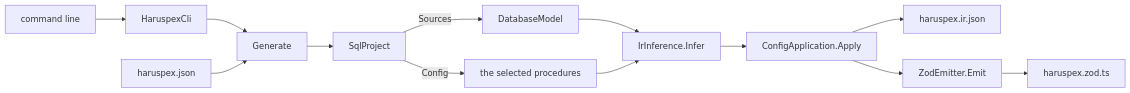
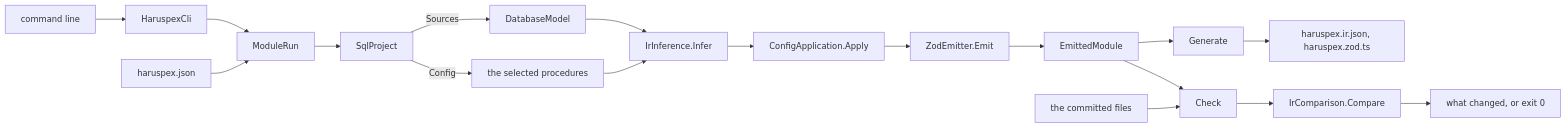
The diagram in src/Haruspex.Cli/README.md (haruspex-tools/haruspex), drawn with Mermaid before and after one commit. The commit also changed other lines of this file and 43 other files, not shown here.

````diff
--- a/src/Haruspex.Cli/README.md
+++ b/src/Haruspex.Cli/README.md
@@ -15,15 +16,20 @@
 ```mermaid
 flowchart LR
     args["command line"] --> cli["HaruspexCli"]
-    cli --> generate["Generate"]
-    configFile["haruspex.json"] --> generate
-    generate --> project["SqlProject"]
+    cli --> run["ModuleRun"]
+    configFile["haruspex.json"] --> run
+    run --> project["SqlProject"]
     project -->|Sources| model["DatabaseModel"]
     project -->|Config| selected["the selected procedures"]
     model --> infer["IrInference.Infer"]
     selected --> infer
     infer --> apply["ConfigApplication.Apply"]
-    apply --> ir["haruspex.ir.json"]
     apply --> zod["ZodEmitter.Emit"]
-    zod --> module["haruspex.zod.ts"]
+    zod --> emitted["EmittedModule"]
+    emitted --> generate["Generate"]
+    generate --> files["haruspex.ir.json, haruspex.zod.ts"]
+    emitted --> check["Check"]
+    committed["the committed files"] --> check
+    check --> compare["IrComparison.Compare"]
+    compare --> changes["what changed, or exit 0"]
 ```
````
